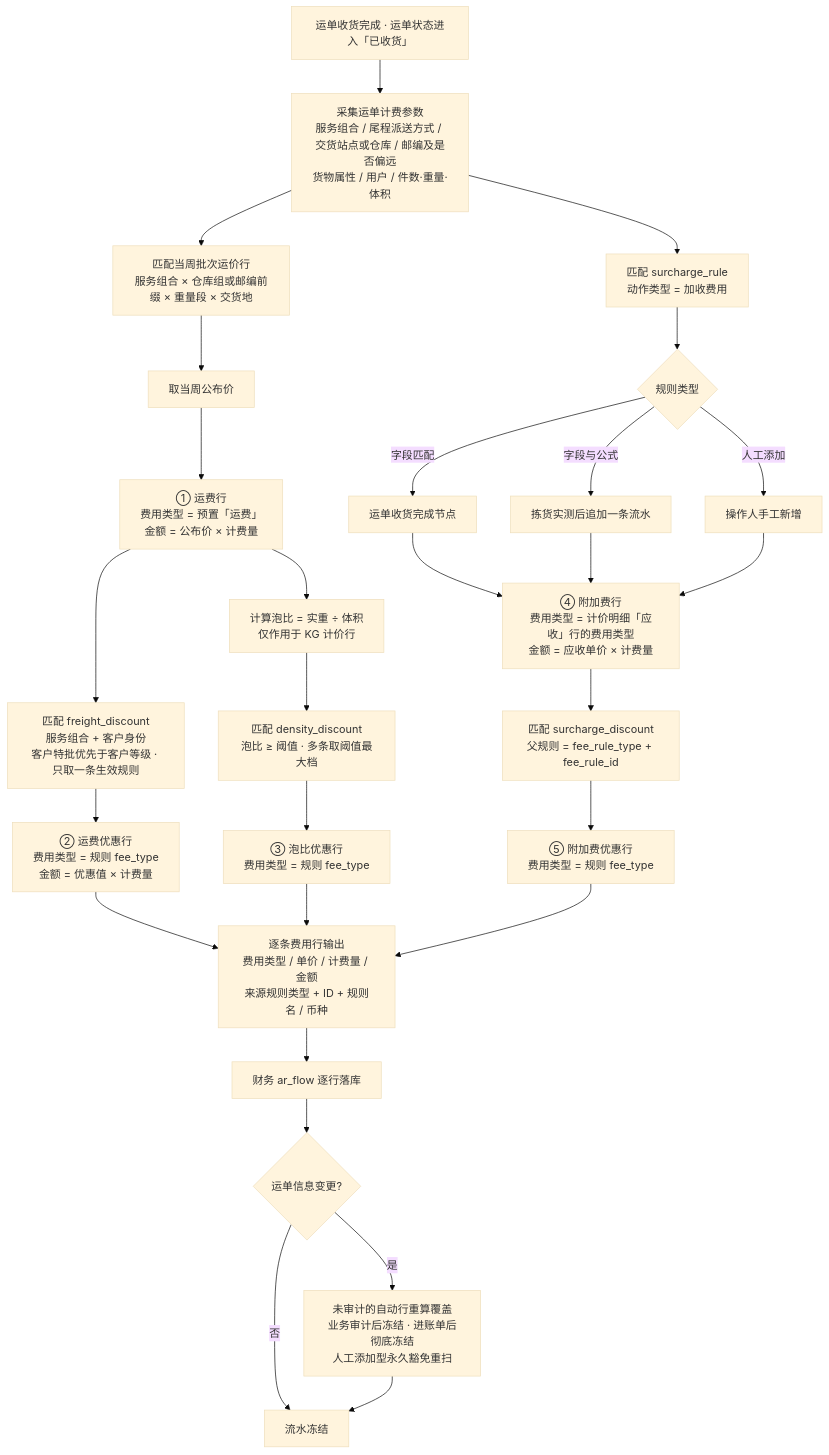
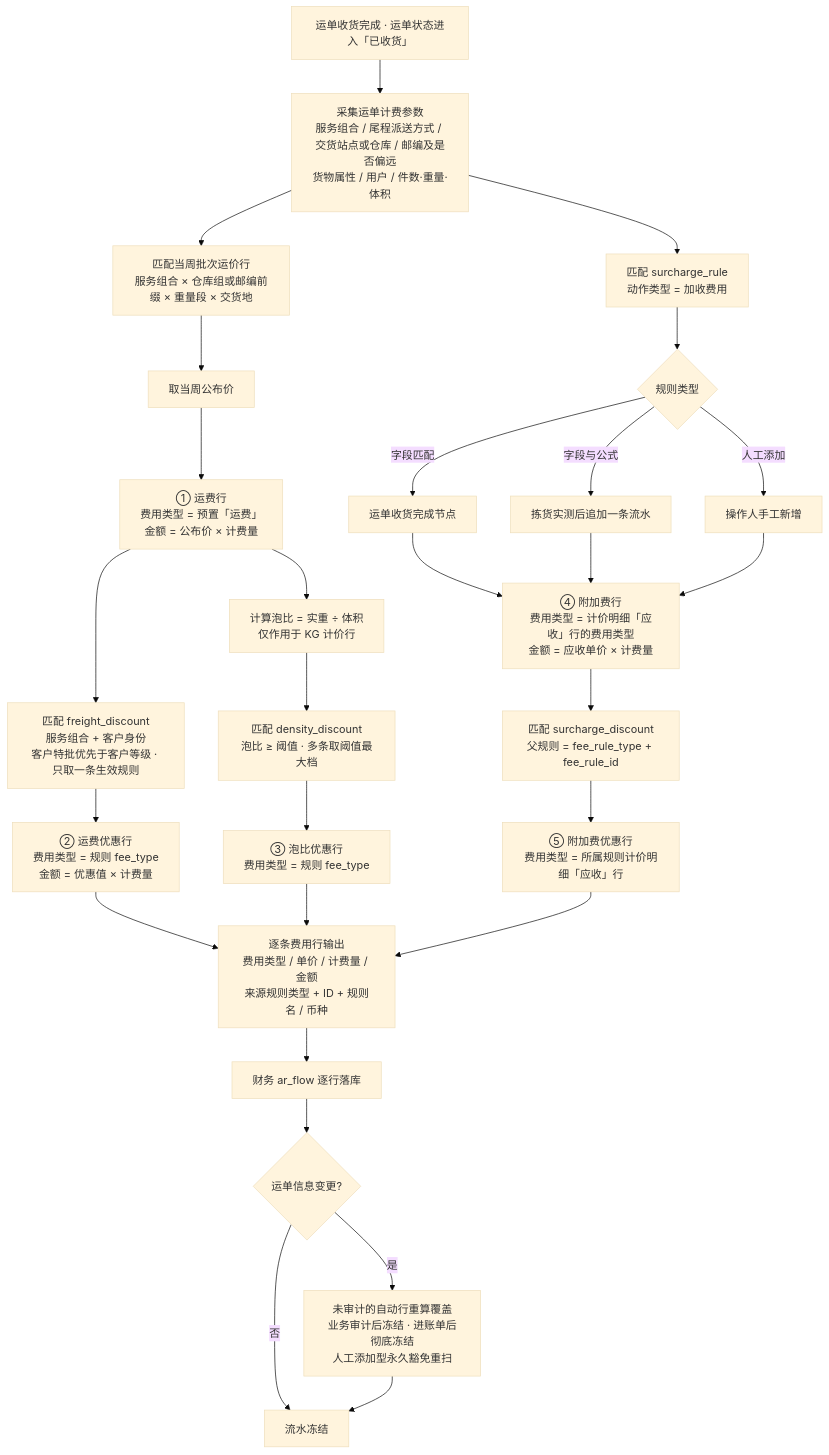
The seventh of 7 diagrams in 0-产品经理使用IDE/drafts/超级运价/2026-09-14-数据设计.md (zhangwen960722/luna-daily), drawn with Mermaid (base theme) before and after one commit. The commit also changed other lines of this file and 41 other files, not shown here.

````diff
--- a/0-产品经理使用IDE/drafts/超级运价/2026-09-14-数据设计.md
+++ b/0-产品经理使用IDE/drafts/超级运价/2026-09-14-数据设计.md
@@ -1058,30 +1060,30 @@
 ```mermaid
 flowchart TD
     A[运单收货完成 · 运单状态进入「已收货」] --> B[采集运单计费参数<br>服务组合 / 尾程派送方式 / 交货站点或仓库 / 邮编及是否偏远<br>货物属性 / 用户 / 件数·重量·体积]
     B --> C[匹配当周批次运价行<br>服务组合 × 仓库组或邮编前缀 × 重量段 × 交货地]
     C --> D[取当周公布价]
     D --> E[① 运费行<br>费用类型 = 预置「运费」<br>金额 = 公布价 × 计费量]
     E --> F[匹配 freight_discount<br>服务组合 + 客户身份<br>客户特批优先于客户等级 · 只取一条生效规则]
     F --> G[② 运费优惠行<br>费用类型 = 规则 fee_type<br>金额 = 优惠值 × 计费量]
     E --> H[计算泡比 = 实重 ÷ 体积<br>仅作用于 KG 计价行]
     H --> I[匹配 density_discount<br>泡比 ≥ 阈值 · 多条取阈值最大档]
     I --> J[③ 泡比优惠行<br>费用类型 = 规则 fee_type]
     B --> K[匹配 surcharge_rule<br>动作类型 = 加收费用]
     K --> K2{规则类型}
     K2 -->|字段匹配| L1[运单收货完成节点]
     K2 -->|字段与公式| L2[拣货实测后追加一条流水]
     K2 -->|人工添加| L3[操作人手工新增]
     L1 --> L[④ 附加费行<br>费用类型 = 计价明细「应收」行的费用类型<br>金额 = 应收单价 × 计费量]
     L2 --> L
     L3 --> L
     L --> M[匹配 surcharge_discount<br>父规则 = fee_rule_type + fee_rule_id]
-    M --> N[⑤ 附加费优惠行<br>费用类型 = 规则 fee_type]
+    M --> N[⑤ 附加费优惠行<br>费用类型 = 所属规则计价明细「应收」行]
     G --> O[逐条费用行输出<br>费用类型 / 单价 / 计费量 / 金额<br>来源规则类型 + ID + 规则名 / 币种]
     J --> O
     N --> O
     O --> P[财务 ar_flow 逐行落库]
     P --> Q{运单信息变更?}
     Q -->|是| R[未审计的自动行重算覆盖<br>业务审计后冻结 · 进账单后彻底冻结<br>人工添加型永久豁免重扫]
     Q -->|否| S[流水冻结]
     R --> S
 ```
````
